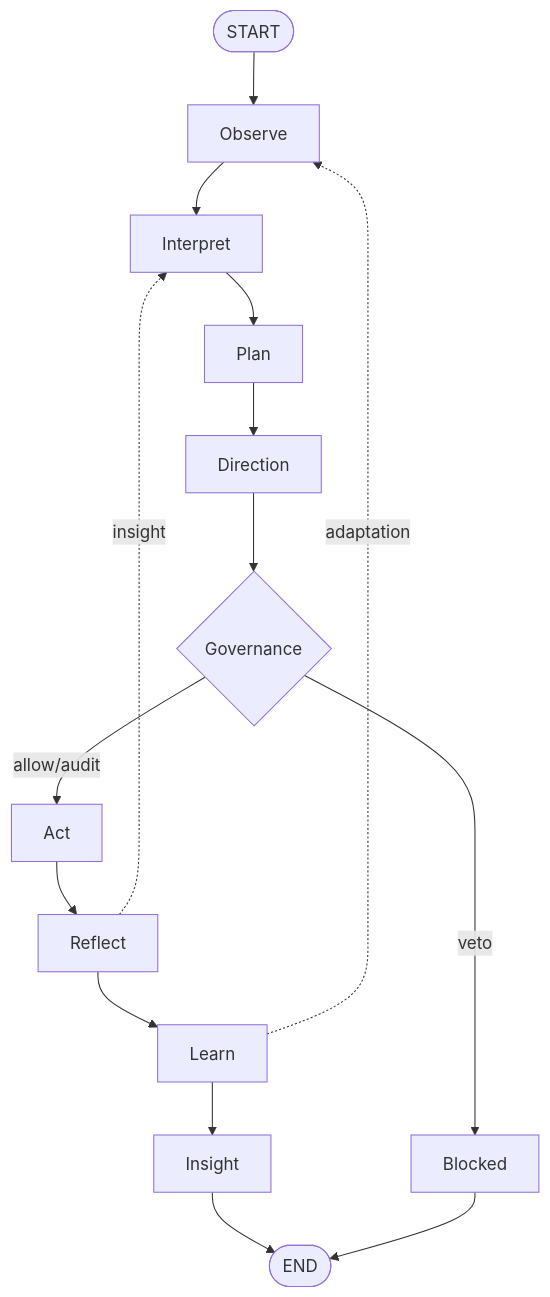
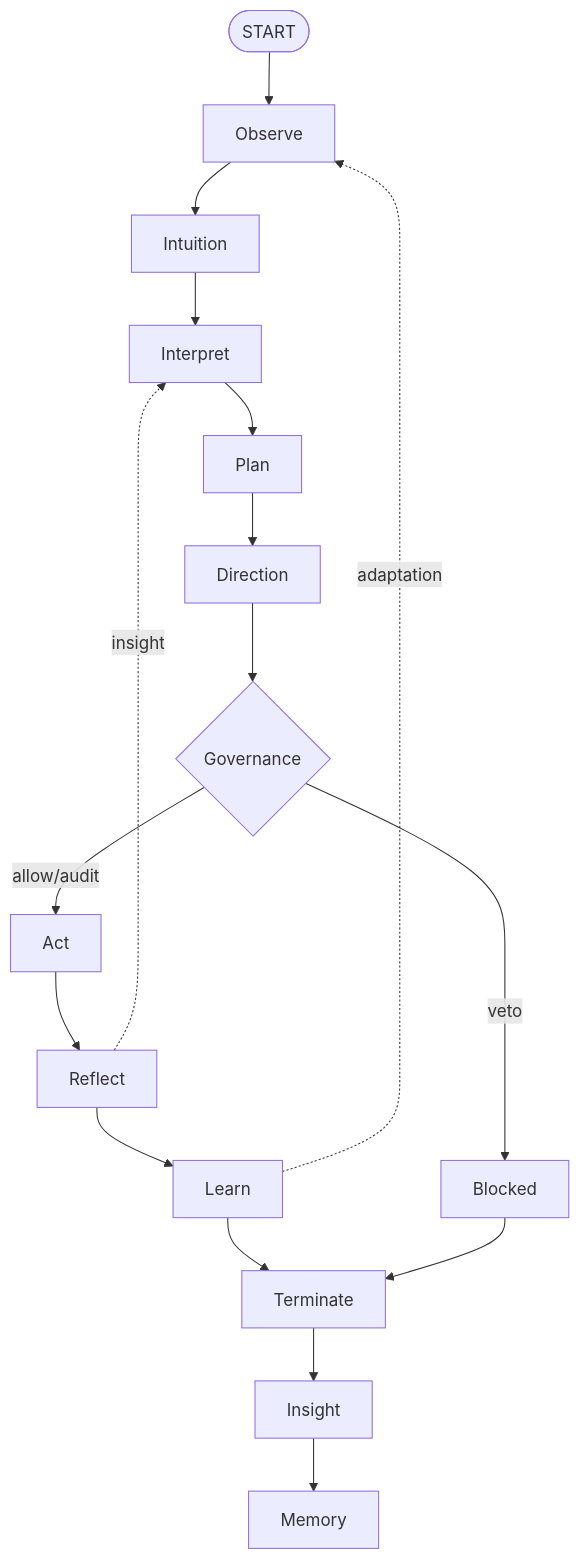
Before and after one commit to saraeloop/noesis: the first of 2 diagrams in docs/explanation/cognitive-loop.mdx, drawn with Mermaid. The commit also changed other lines of this file and 46 other files, not shown here.

````diff
--- a/docs/explanation/cognitive-loop.mdx
+++ b/docs/explanation/cognitive-loop.mdx
@@ -10,19 +10,21 @@
 ```mermaid
 flowchart TD
     A([START]) --> B[Observe]
-    B --> C[Interpret]
-    C --> D[Plan]
-    D --> E[Direction]
-    E --> F{Governance}
-    F -->|allow/audit| G[Act]
-    F -->|veto| V[Blocked]
-    G --> H[Reflect]
-    H --> I[Learn]
-    I --> J[Insight]
-    J --> K([END])
+    B --> C[Intuition]
+    C --> D[Interpret]
+    D --> E[Plan]
+    E --> F[Direction]
+    F --> G{Governance}
+    G -->|allow/audit| H[Act]
+    G -->|veto| V[Blocked]
+    H --> I[Reflect]
+    I --> J[Learn]
+    J --> K[Terminate]
+    K --> L[Insight]
+    L --> M[Memory]
     V --> K
 
     %% Feedback paths
-    H -. insight .-> C
-    I -. adaptation .-> B
+    I -. insight .-> D
+    J -. adaptation .-> B
 ```
````
